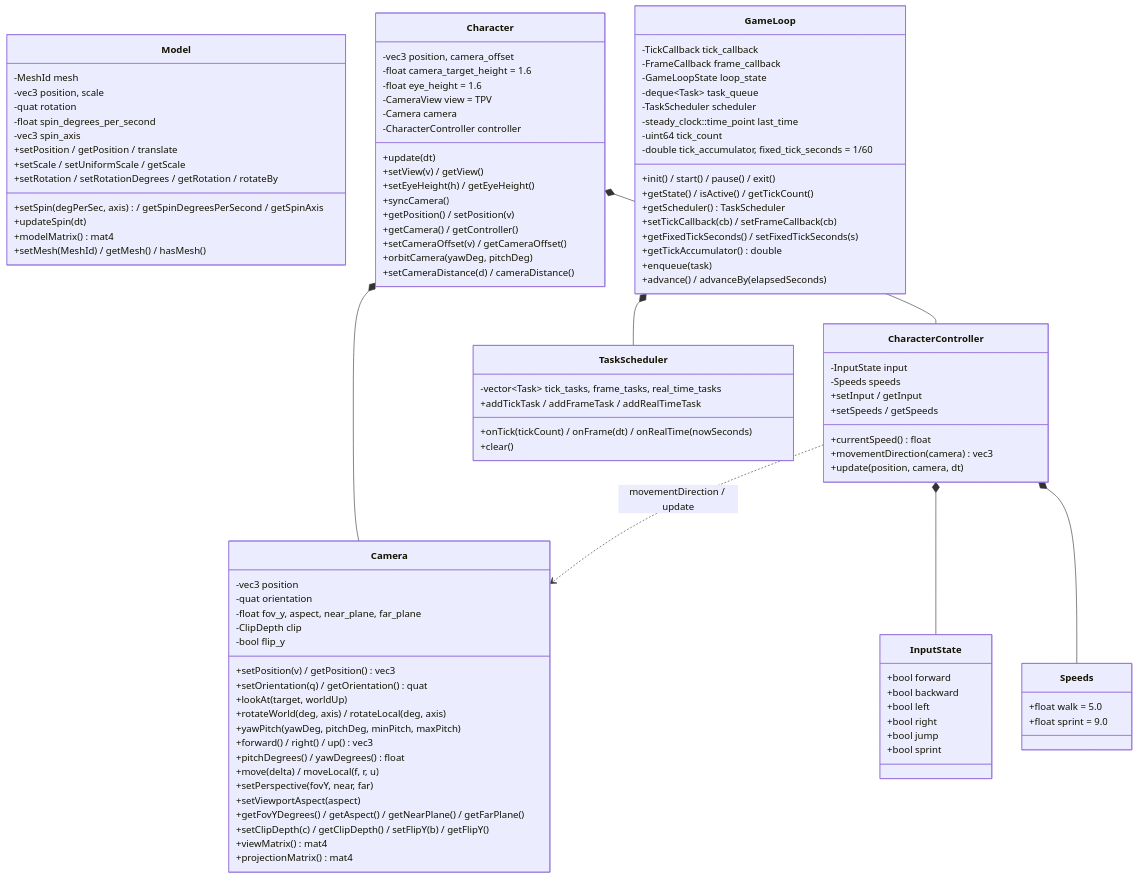
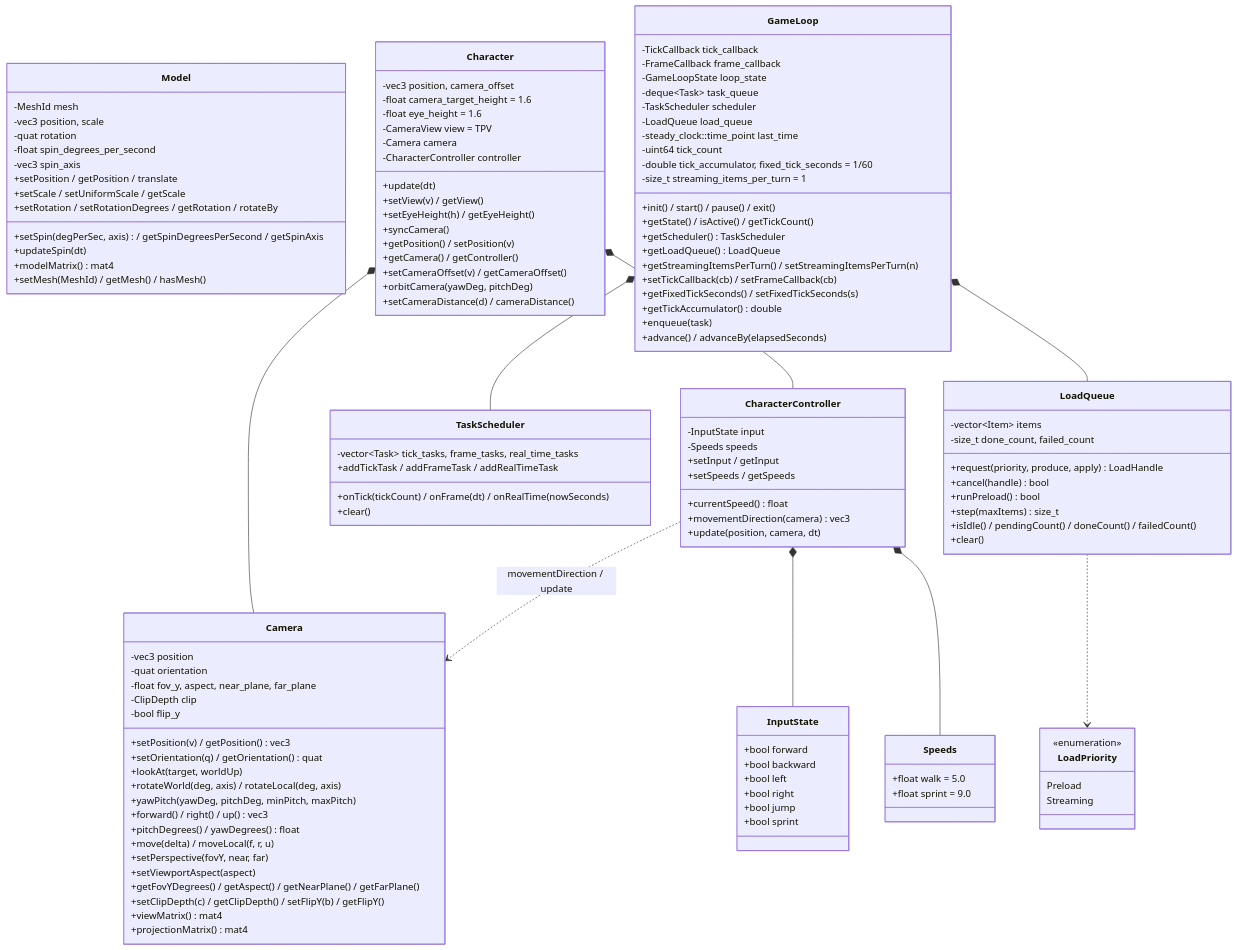
One commit to Setvia/stv3d-lab changed diagram 12 of 14 in ARCHITECTURE.md. Above: the diagram before and after it, drawn with Mermaid. The commit also changed other lines of this file and 9 other files, not shown here.

First line of the commit message:
engine: staged load queue, so the scene no longer waits for everything before the loop

````diff
--- a/ARCHITECTURE.md
+++ b/ARCHITECTURE.md
@@ -630,12 +636,16 @@
         -GameLoopState loop_state
         -deque~Task~ task_queue
         -TaskScheduler scheduler
+        -LoadQueue load_queue
         -steady_clock::time_point last_time
         -uint64 tick_count
         -double tick_accumulator, fixed_tick_seconds = 1/60
+        -size_t streaming_items_per_turn = 1
         +init() / start() / pause() / exit()
         +getState() / isActive() / getTickCount()
         +getScheduler() TaskScheduler
+        +getLoadQueue() LoadQueue
+        +getStreamingItemsPerTurn() / setStreamingItemsPerTurn(n)
         +setTickCallback(cb) / setFrameCallback(cb)
         +getFixedTickSeconds() / setFixedTickSeconds(s)
         +getTickAccumulator() double
@@ -650,10 +660,29 @@
         +clear()
     }
 
+    class LoadQueue {
+        -vector~Item~ items
+        -size_t done_count, failed_count
+        +request(priority, produce, apply) LoadHandle
+        +cancel(handle) bool
+        +runPreload() bool
+        +step(maxItems) size_t
+        +isIdle() / pendingCount() / doneCount() / failedCount()
+        +clear()
+    }
+
+    class LoadPriority {
+        <<enumeration>>
+        Preload
+        Streaming
+    }
+
     Character *-- Camera
     Character *-- CharacterController
     CharacterController *-- InputState
     CharacterController *-- Speeds
     GameLoop *-- TaskScheduler
+    GameLoop *-- LoadQueue
+    LoadQueue ..> LoadPriority
     CharacterController ..> Camera : movementDirection / update
 ```
````
